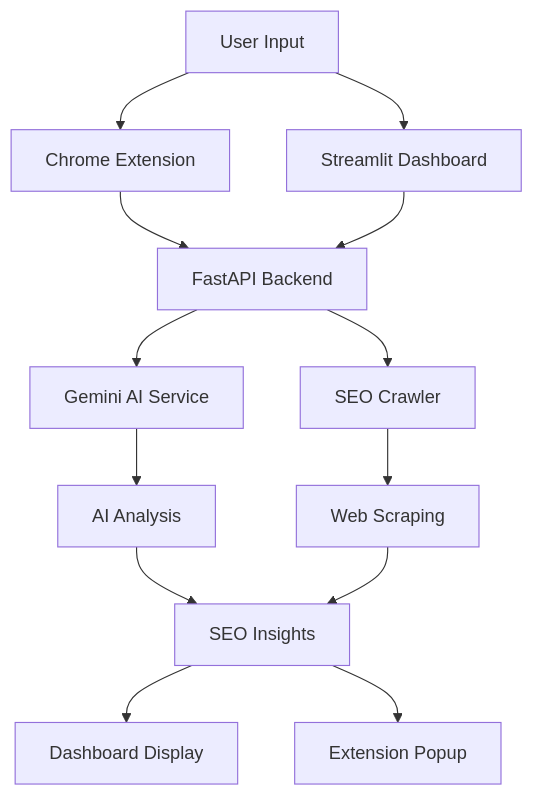
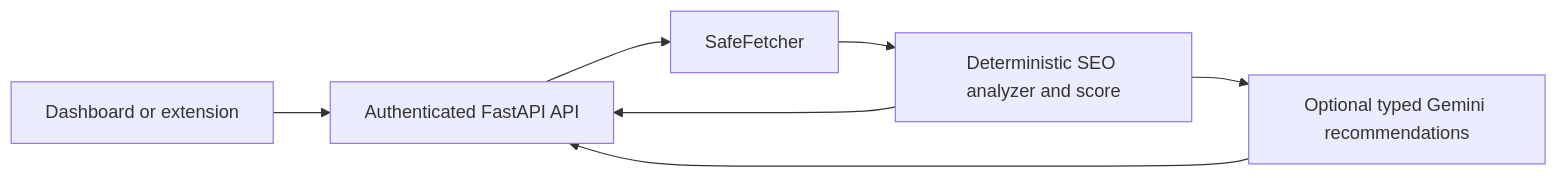
The diagram in README.md (Rakshak-D/SEO-Sensei), drawn with Mermaid before and after one commit. The commit also changed other lines of this file and 26 other files, not shown here.

````diff
--- a/README.md
+++ b/README.md
@@ -148,15 +86,9 @@
 ```mermaid
-graph TD
-    A[User Input] --> B[Chrome Extension]
-    A --> C[Streamlit Dashboard]
-    B --> D[FastAPI Backend]
-    C --> D
-    D --> E[Gemini AI Service]
-    D --> F[SEO Crawler]
-    E --> G[AI Analysis]
-    F --> H[Web Scraping]
-    G --> I[SEO Insights]
-    H --> I
-    I --> J[Dashboard Display]
-    I --> K[Extension Popup]
+flowchart LR
+    Client[Dashboard or extension] --> API[Authenticated FastAPI API]
+    API --> Fetch[SafeFetcher]
+    Fetch --> Engine[Deterministic SEO analyzer and score]
+    Engine --> AI[Optional typed Gemini recommendations]
+    Engine --> API
+    AI --> API
 ```
````
